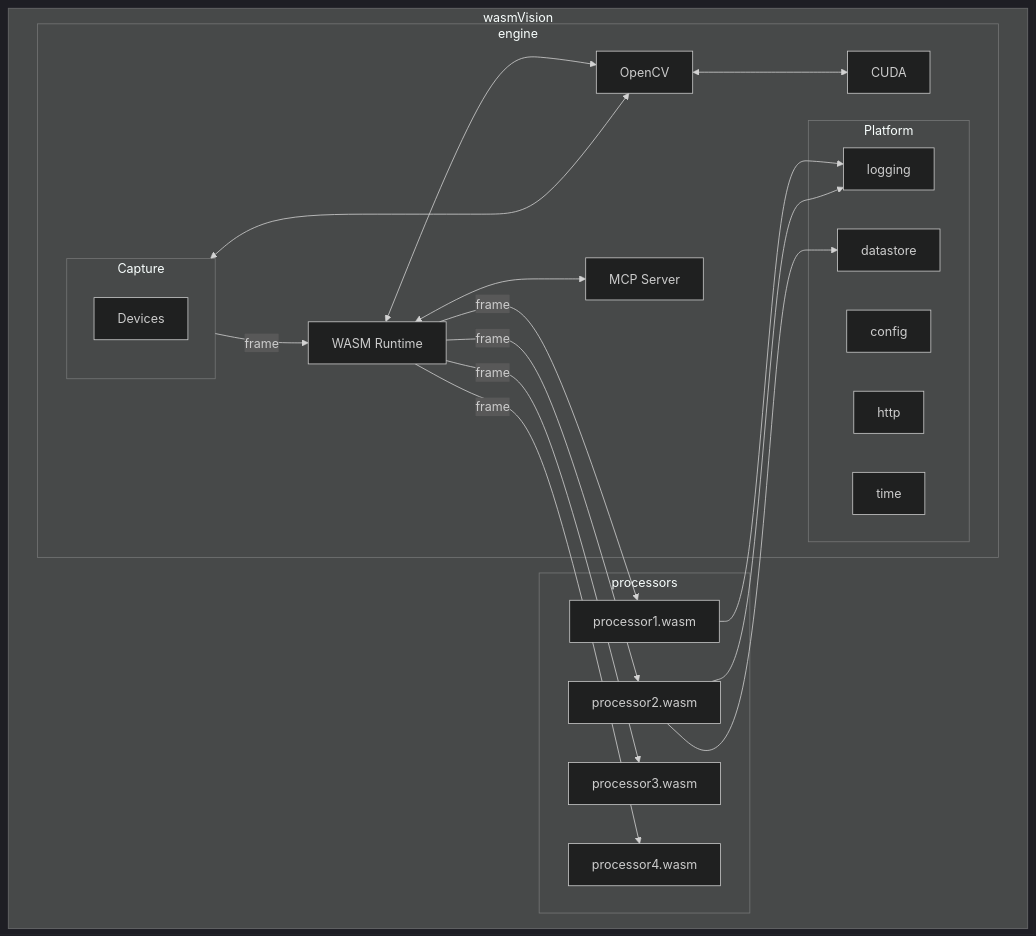
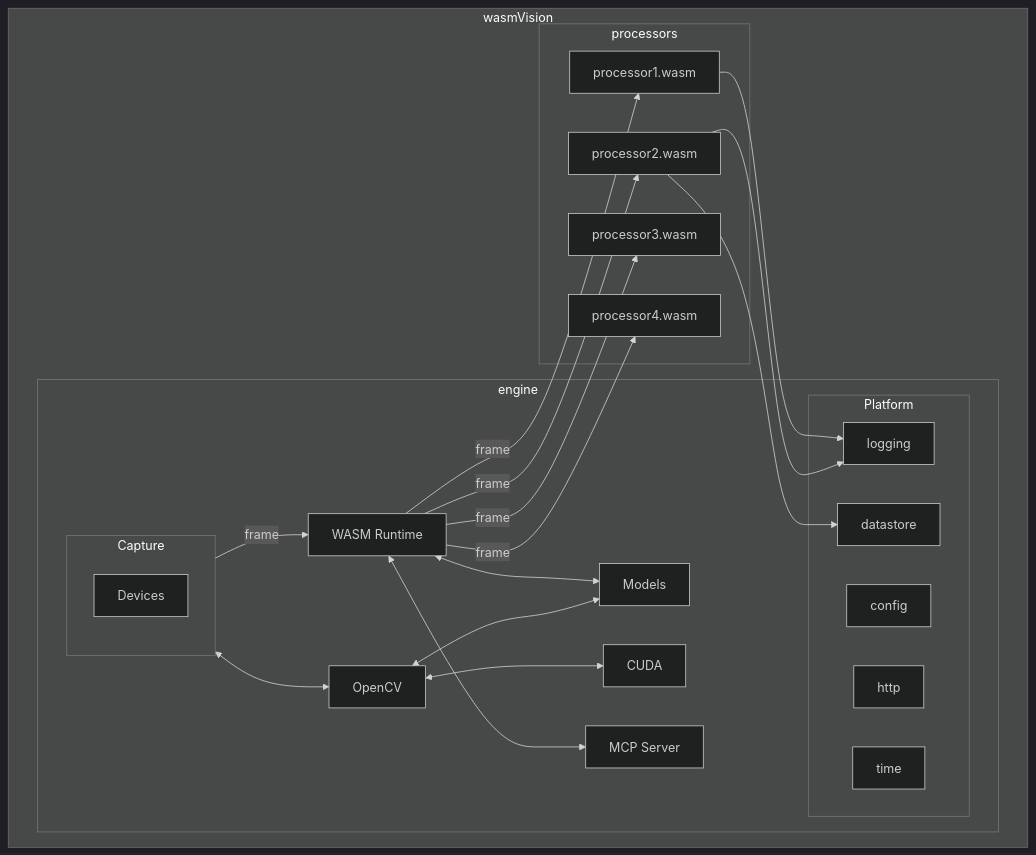
Before and after one commit to wasmvision/wasmvision-site: the diagram in content/docs/concepts/architecture.md, drawn with Mermaid (dark theme). The commit also changed other lines of this file and 2 other files, not shown here.

Commit message:
content: add pages for models

````diff
--- a/content/docs/concepts/architecture.md
+++ b/content/docs/concepts/architecture.md
@@ -15,32 +15,33 @@
 ```mermaid
 flowchart TD
     subgraph wasmVision
         subgraph engine
             subgraph Capture
                 Devices
             end
             Runtime[WASM Runtime]
             Capture--frame-->Runtime
             Capture<-->OpenCV
-            Runtime<-->OpenCV
+            Runtime<-->Models
+            OpenCV<-->Models
             OpenCV<-->CUDA
             subgraph Platform
                 logging
                 config
                 http
                 datastore
                 time
             end
             Runtime<-->MCP[MCP Server]
         end
         subgraph processors
             Runtime--frame-->processor1.wasm
             Runtime--frame-->processor2.wasm
             Runtime--frame-->processor3.wasm
             Runtime--frame-->processor4.wasm
         end
         processor1.wasm-->logging
         processor2.wasm-->logging
         processor2.wasm-->datastore
     end
 ```
````
